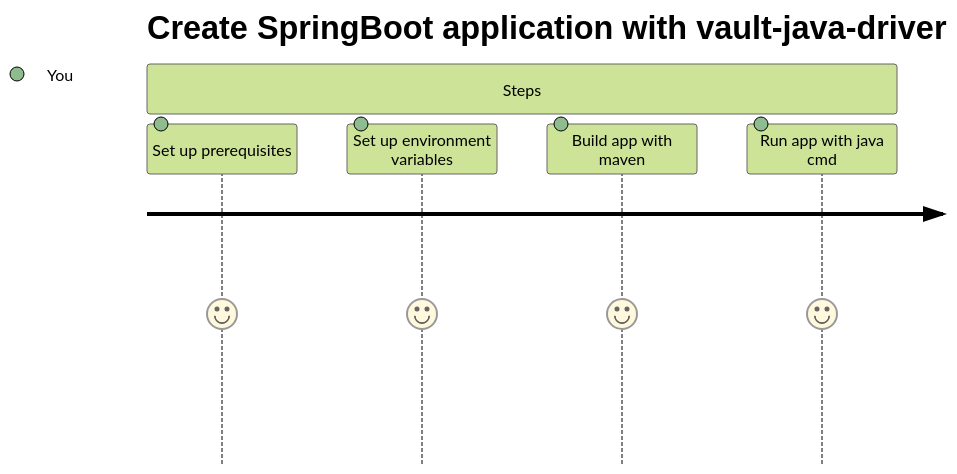
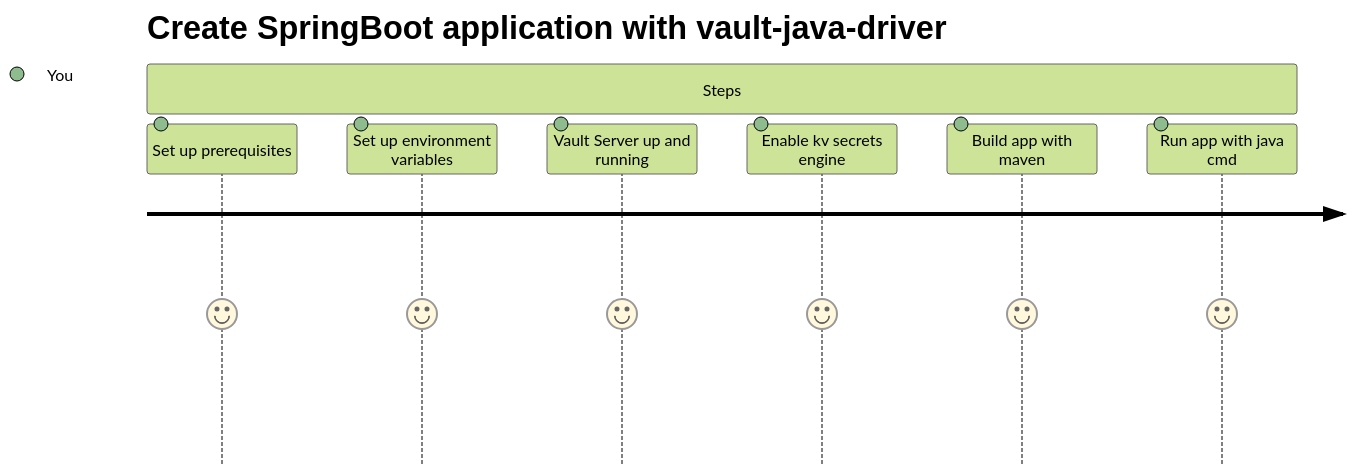
The diagram in README.md (cvanballegooijen/hello-vault-driver), drawn with Mermaid (forest theme) before and after one commit. The commit also changed other lines of this file, not shown here.

````diff
--- a/README.md
+++ b/README.md
@@ -35,9 +35,11 @@
 ```mermaid
 journey
     title Create SpringBoot application with vault-java-driver
     section Steps
       Set up prerequisites: 5: You
       Set up environment variables: 5: You
+      Vault Server up and running: 5: You
+      Enable kv secrets engine:5: You
       Build app with maven: 5: You
       Run app with java cmd: 5: You
 ```
````
